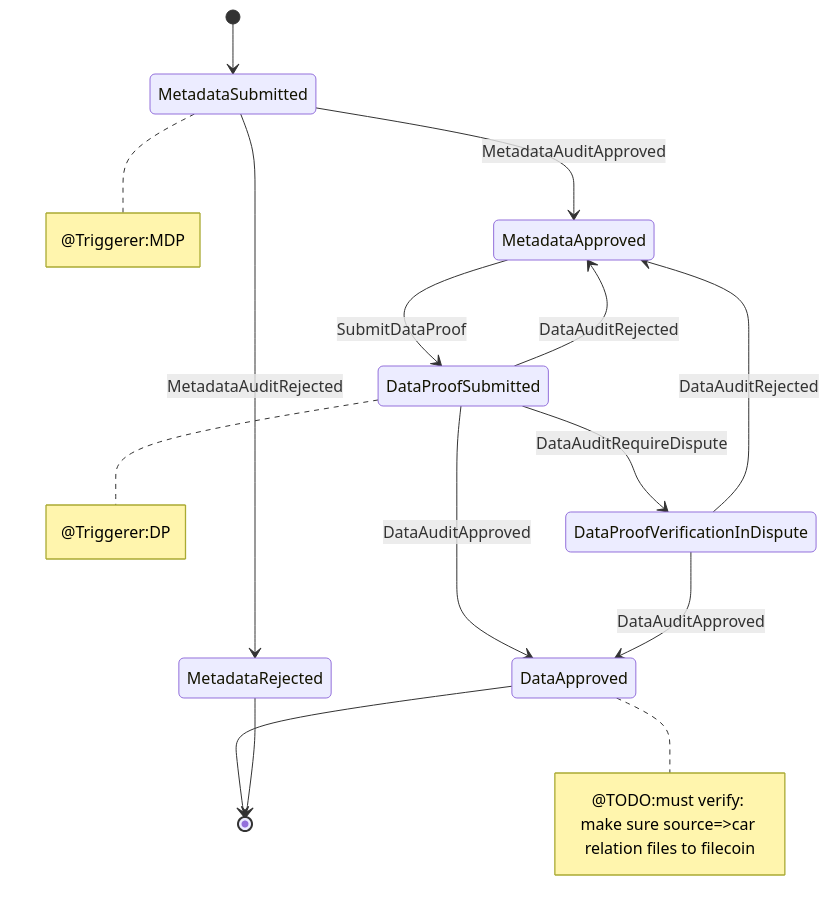
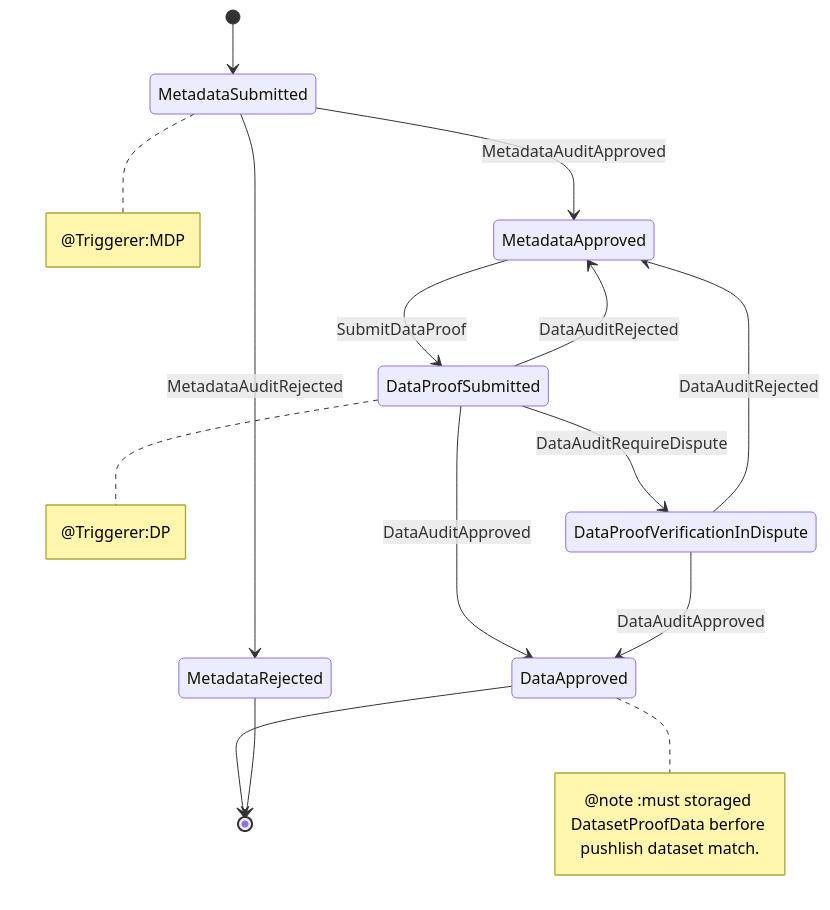
Before and after one commit to dataswap/specs: the first of 4 diagrams in systems/README.md, drawn with Mermaid. The commit also changed other lines of this file, not shown here.

Commit message:
updata datasetproof note

````diff
--- a/systems/README.md
+++ b/systems/README.md
@@ -74,24 +74,24 @@
 ```mermaid
 stateDiagram
     [*] --> MetadataSubmitted
     MetadataSubmitted --> MetadataApproved:MetadataAuditApproved
     MetadataSubmitted --> MetadataRejected:MetadataAuditRejected
     MetadataApproved --> DataProofSubmitted:SubmitDataProof
     DataProofSubmitted --> DataApproved:DataAuditApproved
     DataProofSubmitted --> MetadataApproved:DataAuditRejected
     DataProofSubmitted --> DataProofVerificationInDispute:DataAuditRequireDispute
     DataProofVerificationInDispute --> DataApproved:DataAuditApproved
     DataProofVerificationInDispute --> MetadataApproved:DataAuditRejected
     DataApproved -->[*]
     MetadataRejected -->[*]
 
     note right of MetadataSubmitted
       @Triggerer:MDP
     end note
     note right of DataProofSubmitted
       @Triggerer:DP
     end note
     note right of DataApproved
-      @TODO:must verify: make sure source=>car relation files to filecoin
+      @note :must storaged DatasetProofData berfore pushlish dataset match.
     end note
 ```
````
